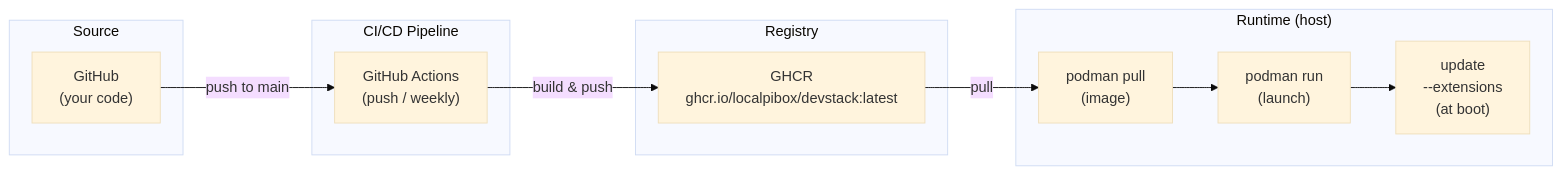
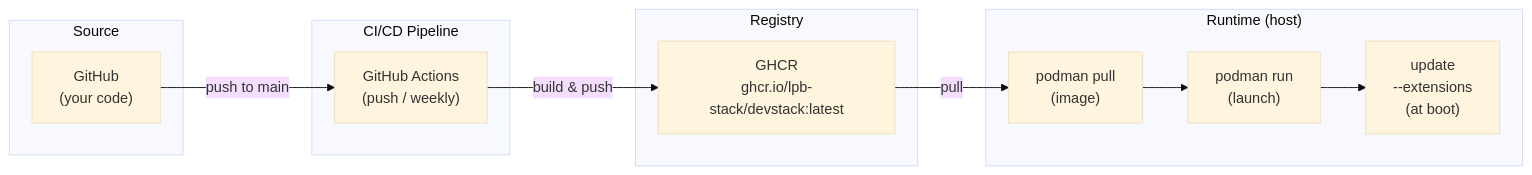
Before and after one commit to localpibox/devstack: the second of 3 diagrams in README.md, drawn with Mermaid (base theme). The commit also changed other lines of this file and 21 other files, not shown here.

First line of the commit message:
chore: migrate to lpb-stack org

````diff
--- a/README.md
+++ b/README.md
@@ -159,26 +159,26 @@
 ```mermaid
 flowchart LR
     subgraph Source["Source"]
         G["GitHub\n(your code)"]
     end
 
     subgraph Pipeline["CI/CD Pipeline"]
         CI["GitHub Actions\n(push / weekly)"]
     end
 
     subgraph Registry["Registry"]
-        GHCR["GHCR\nghcr.io/localpibox/devstack:latest"]
+        GHCR["GHCR\nghcr.io/lpb-stack/devstack:latest"]
     end
 
     subgraph Runtime["Runtime (host)"]
         PODMAN_PULL["podman pull\n(image)"]
         PODMAN_RUN["podman run\n(launch)"]
         UPDATE["update\n--extensions\n(at boot)"]
     end
 
     G -->|push to main| CI
     CI -->|build & push| GHCR
     GHCR -->|pull| PODMAN_PULL
     PODMAN_PULL --> PODMAN_RUN
     PODMAN_RUN --> UPDATE
 ```
````
